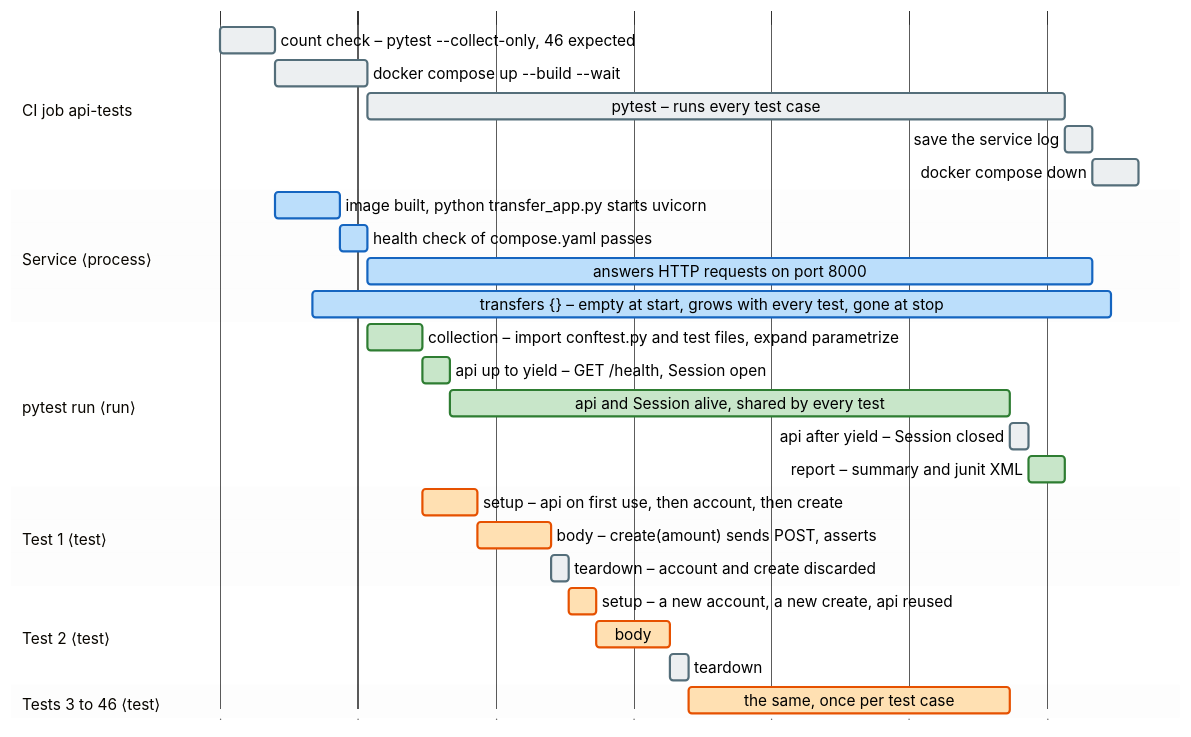
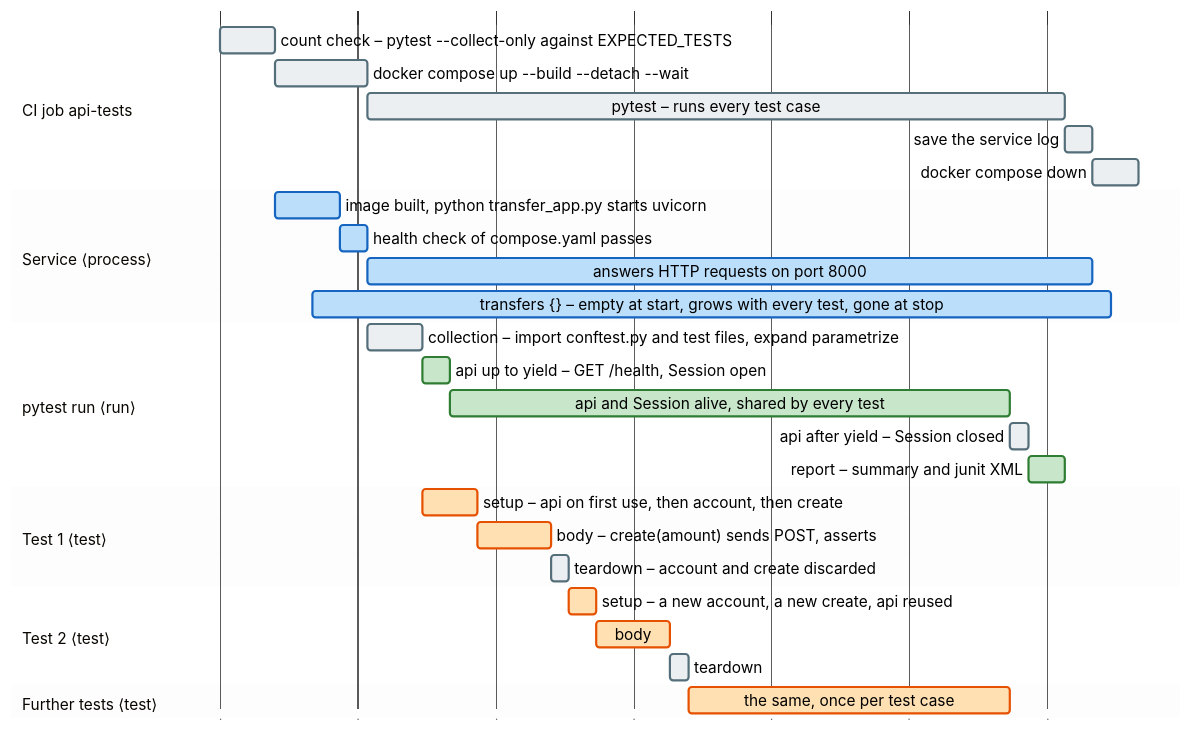
The third of 5 diagrams in docs/how-the-tests-work.md (tiavelum/test-automation-demo), drawn with Mermaid before and after one commit. The commit also changed other lines of this file, not shown here.

First line of the commit message:
docs: correct the diagram document after its review

````diff
--- a/docs/how-the-tests-work.md
+++ b/docs/how-the-tests-work.md
@@ -180,40 +188,40 @@
 ```mermaid
 %%{init: {"theme": "base", "gantt": {"barHeight": 24, "barGap": 6, "topPadding": 40, "leftPadding": 190, "fontSize": 14, "sectionFontSize": 14, "numberSectionStyles": 2}, "themeVariables": {"fontSize": "14px", "sectionBkgColor": "#FFFFFF", "altSectionBkgColor": "#F5F5F5", "sectionBkgColor2": "#FFFFFF", "taskBkgColor": "#FFE0B2", "taskBorderColor": "#E65100", "taskTextColor": "#000000", "taskTextDarkColor": "#000000", "taskTextOutsideColor": "#000000", "taskTextLightColor": "#000000", "activeTaskBkgColor": "#C8E6C9", "activeTaskBorderColor": "#2E7D32", "doneTaskBkgColor": "#BBDEFB", "doneTaskBorderColor": "#1565C0", "critBkgColor": "#ECEFF1", "critBorderColor": "#546E7A", "gridColor": "#E0E0E0"}}}%%
 gantt
   dateFormat HH:mm:ss
   axisFormat ·
   todayMarker off
 
   section CI job api-tests
-    count check – pytest --collect-only, 46 expected   :crit, c1, 00:00:00, 00:00:06
-    docker compose up --build --wait                  :crit, c2, 00:00:06, 00:00:16
+    count check – pytest --collect-only against EXPECTED_TESTS :crit, c1, 00:00:00, 00:00:06
+    docker compose up --build --detach --wait         :crit, c2, 00:00:06, 00:00:16
     pytest – runs every test case                     :crit, c3, 00:00:16, 00:01:32
     save the service log                              :crit, c4, 00:01:32, 00:01:35
     docker compose down                               :crit, c5, 00:01:35, 00:01:40
 
   section Service ⟨process⟩
     image built, python transfer_app.py starts uvicorn :done, s1, 00:00:06, 00:00:13
     health check of compose.yaml passes               :done, s2, 00:00:13, 00:00:16
     answers HTTP requests on port 8000                :done, s3, 00:00:16, 00:01:35
     transfers {} – empty at start, grows with every test, gone at stop :done, s4, 00:00:10, 00:01:37
 
   section pytest run ⟨run⟩
-    collection – import conftest.py and test files, expand parametrize :active, r1, 00:00:16, 00:00:22
+    collection – import conftest.py and test files, expand parametrize :crit, r1, 00:00:16, 00:00:22
     api up to yield – GET /health, Session open        :active, r2, 00:00:22, 00:00:25
     api and Session alive, shared by every test        :active, r3, 00:00:25, 00:01:26
     api after yield – Session closed                   :crit, r4, 00:01:26, 00:01:28
     report – summary and junit XML                     :active, r5, 00:01:28, 00:01:32
 
   section Test 1 ⟨test⟩
     setup – api on first use, then account, then create :t1a, 00:00:22, 00:00:28
     body – create(amount) sends POST, asserts          :t1b, 00:00:28, 00:00:36
     teardown – account and create discarded           :crit, t1c, 00:00:36, 00:00:38
 
   section Test 2 ⟨test⟩
     setup – a new account, a new create, api reused   :t2a, 00:00:38, 00:00:41
     body                                             :t2b, 00:00:41, 00:00:49
     teardown                                         :crit, t2c, 00:00:49, 00:00:51
 
-  section Tests 3 to 46 ⟨test⟩
+  section Further tests ⟨test⟩
     the same, once per test case                     :t3, 00:00:51, 00:01:26
 ```
````
